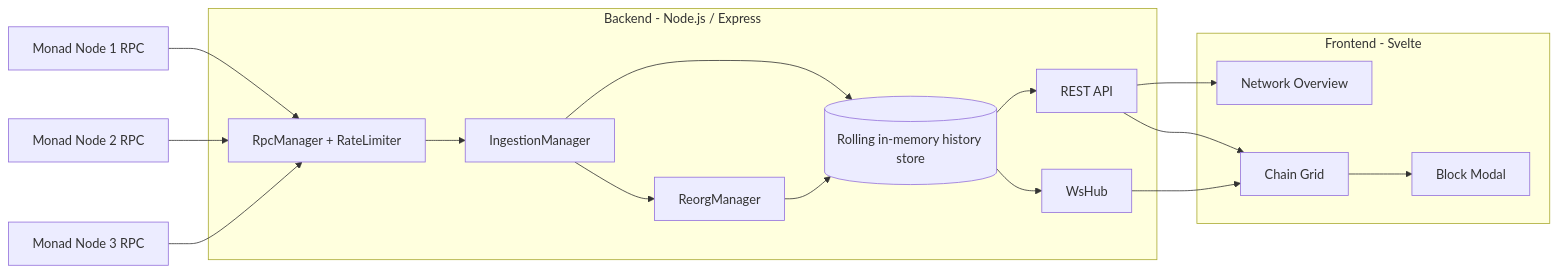
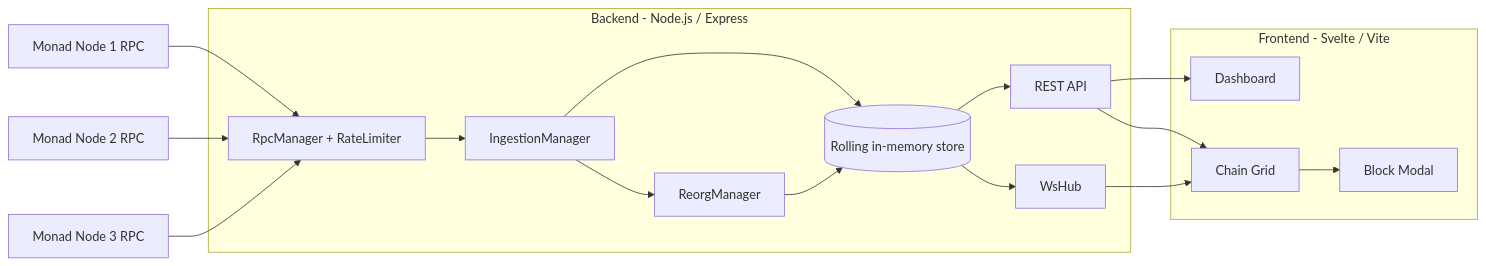
One commit to tobiawolaju/MoyakiTraceEngine changed the diagram in README.md. Above: the diagram before and after it, drawn with Mermaid. The commit also changed other lines of this file and 11 other files, not shown here.

````diff
--- a/README.md
+++ b/README.md
@@ -55,35 +53,35 @@
 ```mermaid
 flowchart LR
   N1[Monad Node 1 RPC]
   N2[Monad Node 2 RPC]
   N3[Monad Node 3 RPC]
 
   subgraph BE[Backend - Node.js / Express]
     RM[RpcManager + RateLimiter]
     IM[IngestionManager]
     RGM[ReorgManager]
-    STORE[(Rolling in-memory history store)]
+    STORE[(Rolling in-memory store)]
     API[REST API]
     WS[WsHub]
   end
 
-  subgraph FE[Frontend - Svelte]
-    OV[Network Overview]
+  subgraph FE[Frontend - Svelte / Vite]
+    OV[Dashboard]
     CG[Chain Grid]
     MD[Block Modal]
   end
 
   N1 --> RM
   N2 --> RM
   N3 --> RM
   RM --> IM
   IM --> RGM
   IM --> STORE
   RGM --> STORE
   STORE --> API
   STORE --> WS
   API --> OV
   API --> CG
   WS --> CG
   CG --> MD
 ```
````
